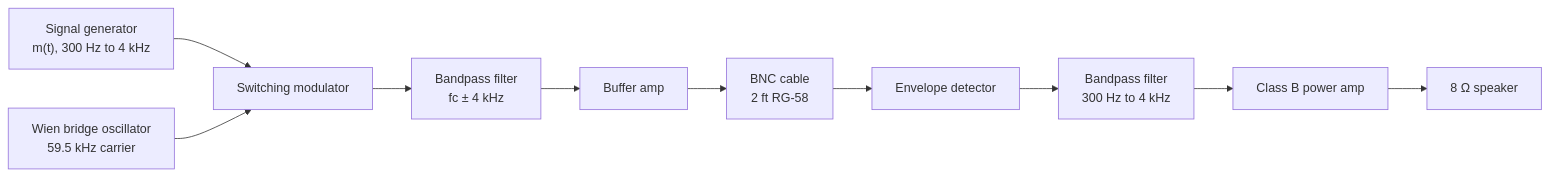
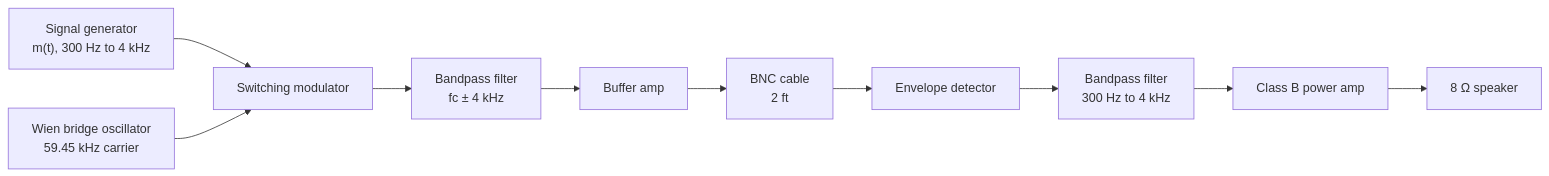
One commit to Mike-zip/AM_Radio_Project changed the diagram in README.md. Above: the diagram before and after it, drawn with Mermaid. The commit also changed other lines of this file and 4 other files, not shown here.

````diff
--- a/README.md
+++ b/README.md
@@ -7,12 +7,12 @@
 ```mermaid
 flowchart LR
     SG["Signal generator<br/>m(t), 300 Hz to 4 kHz"] --> MOD["Switching modulator"]
-    OSC["Wien bridge oscillator<br/>59.5 kHz carrier"] --> MOD
+    OSC["Wien bridge oscillator<br/>59.45 kHz carrier"] --> MOD
     MOD --> BPF["Bandpass filter<br/>fc ± 4 kHz"]
     BPF --> BUF["Buffer amp"]
-    BUF --> BNC["BNC cable<br/>2 ft RG-58"]
+    BUF --> BNC["BNC cable<br/>2 ft"]
     BNC --> ENV["Envelope detector"]
     ENV --> RBPF["Bandpass filter<br/>300 Hz to 4 kHz"]
     RBPF --> PA["Class B power amp"]
     PA --> SPK["8 Ω speaker"]
 ```
````
